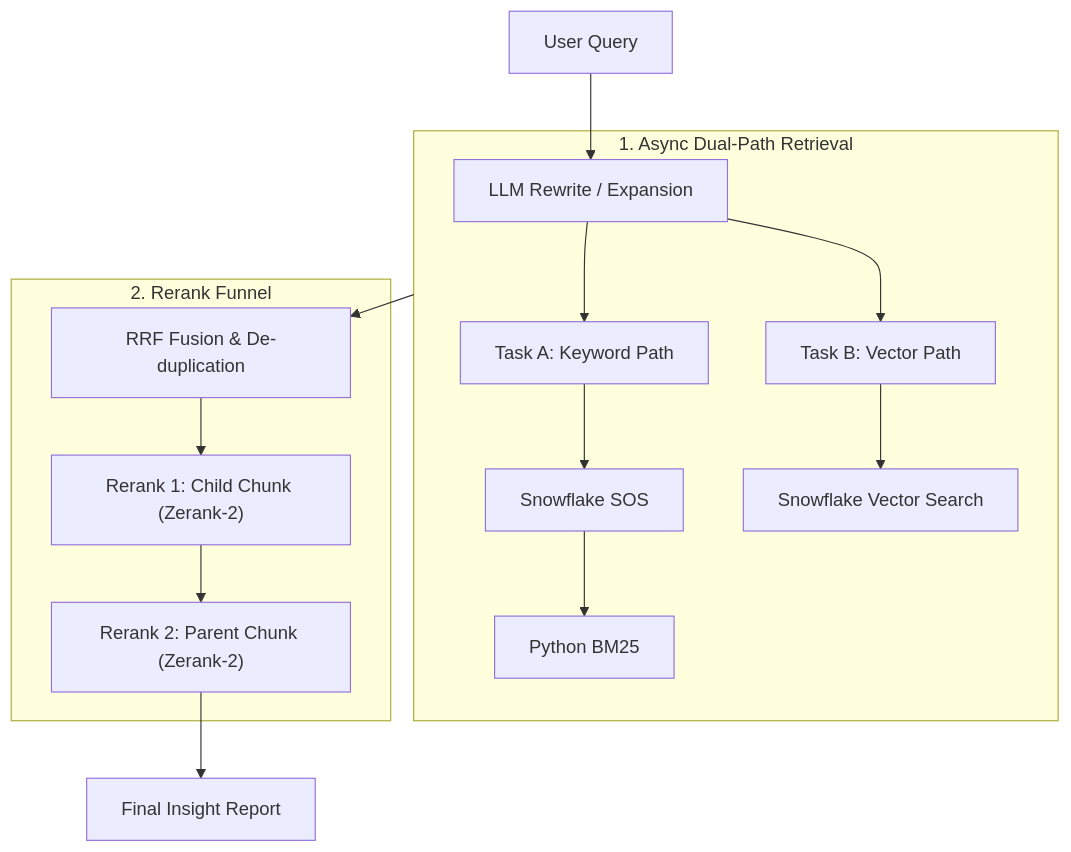
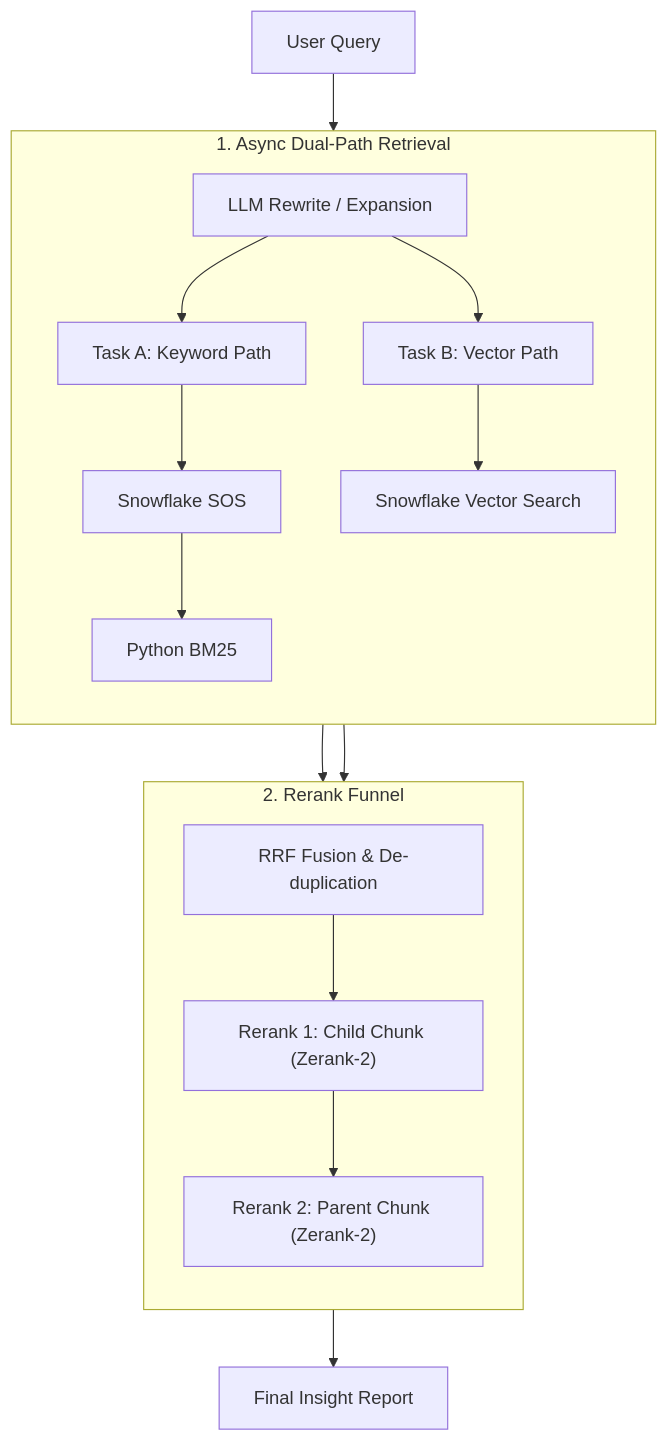
One commit to dataelvisliang/RAG-Architecture-Design-Transcript changed the diagram in README.md. Above: the diagram before and after it, drawn with Mermaid. The commit also changed 1 other file, not shown here.

Commit message:
Update Mermaid diagrams for better vertical layout

````diff
--- a/README.md
+++ b/README.md
@@ -10,26 +10,29 @@
 ```mermaid
 graph TD
     UserQuery["User Query"] --> LLM_Rewrite["LLM Rewrite / Expansion"]
     
     subgraph Retrieval_Stage["1. Async Dual-Path Retrieval"]
+        direction TB
         TaskA["Task A: Keyword Path"]
         TaskB["Task B: Vector Path"]
         
         LLM_Rewrite --> TaskA
         LLM_Rewrite --> TaskB
         
         TaskA --> SOS["Snowflake SOS"]
         SOS --> BM25["Python BM25"]
         
         TaskB --> VectorSearch["Snowflake Vector Search"]
     end
     
-    Retrieval_Stage --> RRF["RRF Fusion & De-duplication"]
+    BM25 --> RRF["RRF Fusion & De-duplication"]
+    VectorSearch --> RRF
     
     subgraph Rerank_Funnel["2. Rerank Funnel"]
+        direction TB
         RRF --> Rerank1["Rerank 1: Child Chunk (Zerank-2)"]
         Rerank1 --> Rerank2["Rerank 2: Parent Chunk (Zerank-2)"]
     end
     
     Rerank2 --> FinalOutput["Final Insight Report"]
 ```
````
